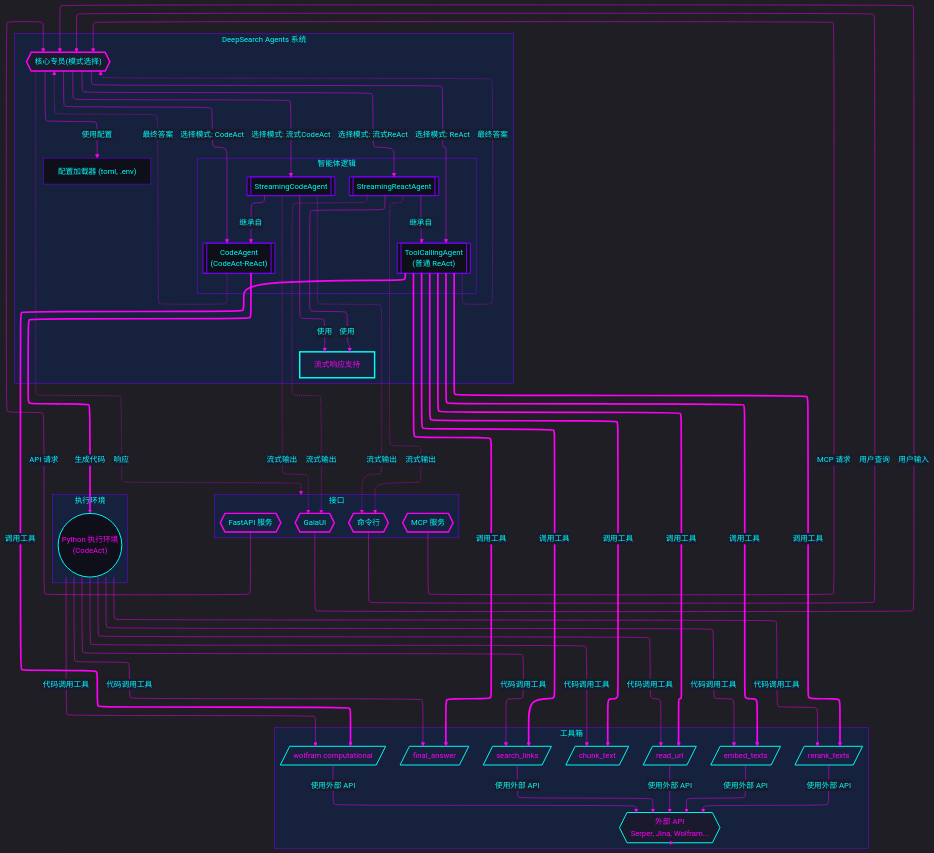
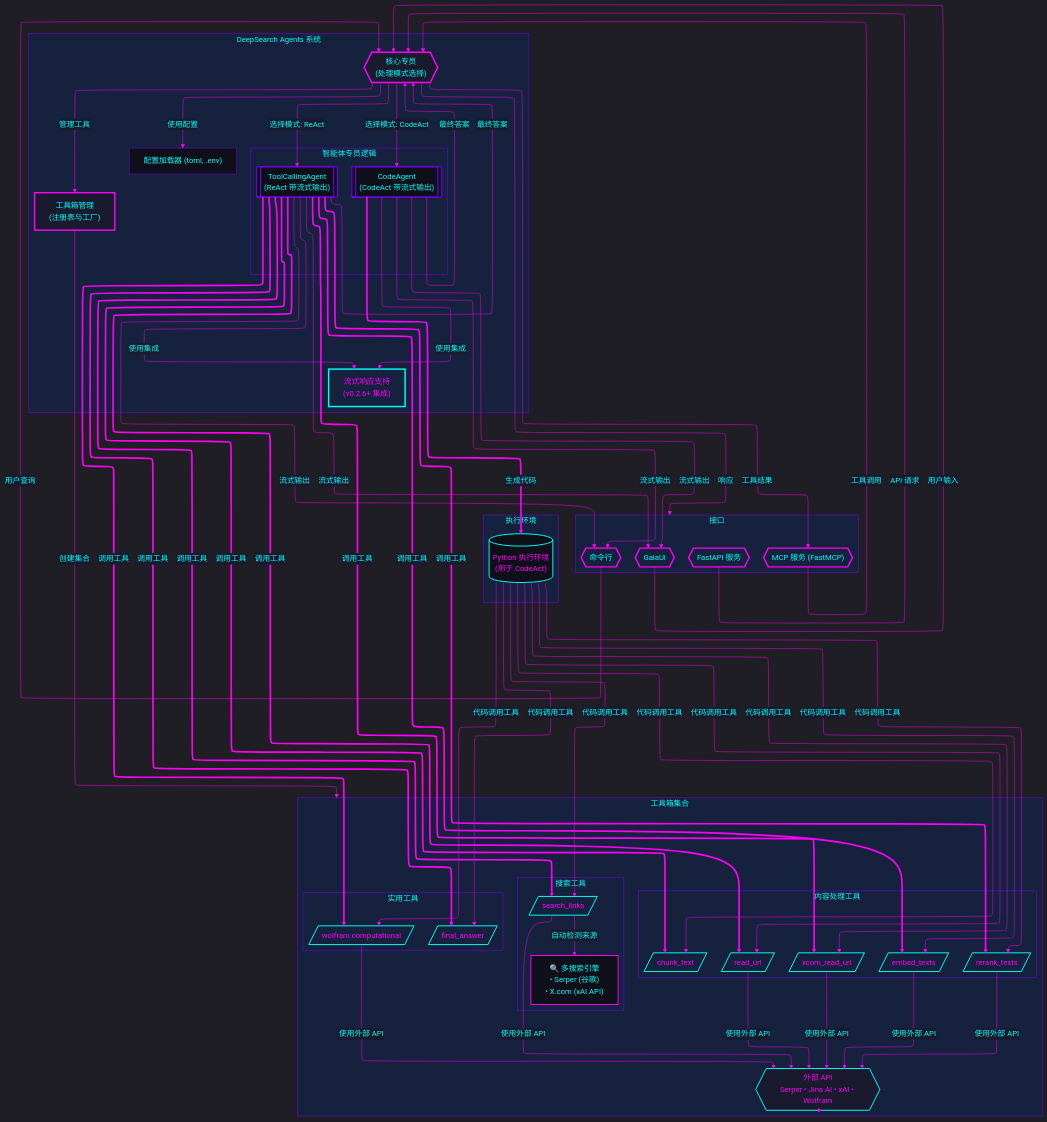
One commit to lwyBZss8924d/DeepSearchAgents changed the diagram in README_Zh.md. Above: the diagram before and after it, drawn with Mermaid. The commit also changed other lines of this file and 3 other files, not shown here.

```diff
--- a/README_Zh.md
+++ b/README_Zh.md
@@ -291,52 +306,69 @@
         CLI{{"命令行"}}
         FastAPI{{"FastAPI 服务"}}
         GaiaUI{{"GaiaUI"}}
-        MCPServer{{"MCP 服务"}}
+        MCPServer{{"MCP 服务 (FastMCP)"}}
     end
-    subgraph 深度搜索智能体系统["DeepSearch Agents 系统"]
+    subgraph 深度搜索智能体专员系统["DeepSearch Agents 系统"]
         direction TB
-        核心专员{{"核心专员(模式选择)"}}
+        核心专员{{"核心专员
+(处理模式选择)"}}
         配置加载["配置加载器 (toml, .env)"]
-        流式支持["流式响应支持"]
-        subgraph 智能体逻辑["智能体逻辑"]
+        流式支持["流式响应支持
+(v0.2.6+ 集成)"]
+        工具箱管理["工具箱管理
+(注册表与工厂)"]
+        subgraph 智能体专员逻辑["智能体专员逻辑"]
             direction LR
-            工具专员[["ToolCallingAgent\n(普通 ReAct)"]]
-            代码专员[["CodeAgent\n(CodeAct-ReAct)"]]
-            流式ReAct[["StreamingReactAgent"]]
-            流式CodeAct[["StreamingCodeAgent"]]
+            工具专员[["ToolCallingAgent
+(ReAct 带流式输出)"]]
+            代码专员[["CodeAgent
+(CodeAct 带流式输出)"]]
         end
     end
-    subgraph 工具箱["工具箱"]
+    subgraph 工具箱集合["工具箱集合"]
         direction TB
-        搜索链接[/search_links/]
-        读取URL[/read_url/]
-        分块文本[/chunk_text/]
-        嵌入文本[/embed_texts/]
-        重排文本[/rerank_texts/]
-        Wolfram[/"wolfram computational"/]
-        最终答案[/final_answer/]
-        外部API{{外部 API\nSerper, Jina, Wolfram...}}
+        subgraph 搜索工具["搜索工具"]
+            搜索链接[/search_links/]
+            搜索引擎["🔍 多搜索引擎
+• Serper (谷歌)
+• X.com (xAI API)"]
+        end
+        subgraph 内容处理工具["内容处理工具"]
+            读取URL[/read_url/]
+            X读取URL[/xcom_read_url/]
+            分块文本[/chunk_text/]
+            嵌入文本[/embed_texts/]
+            重排文本[/rerank_texts/]
+        end
+        subgraph 实用工具["实用工具"]
+            Wolfram[/"wolfram computational"/]
+            最终答案[/final_answer/]
+        end
+        外部API{{外部 API
+Serper • Jina AI • xAI • Wolfram}}
     end
     subgraph 执行环境["执行环境"]
-        Python环境(("Python 执行环境\n(CodeAct)"))
+        Python环境[("Python 执行环境
+(用于 CodeAct)")]
     end
 
     CLI -- "用户查询" --> 核心专员
     FastAPI -- "API 请求" --> 核心专员
     GaiaUI -- "用户输入" --> 核心专员
-    MCPServer -- "MCP 请求" --> 核心专员
+    MCPServer -- "工具调用" --> 核心专员
     核心专员 -- "选择模式: ReAct" --> 工具专员
     核心专员 -- "选择模式: CodeAct" --> 代码专员
-    核心专员 -- "选择模式: 流式ReAct" --> 流式ReAct
-    核心专员 -- "选择模式: 流式CodeAct" --> 流式CodeAct
     核心专员 -- "使用配置" --> 配置加载
-    流式ReAct -- "继承自" --> 工具专员
-    流式CodeAct -- "继承自" --> 代码专员
-    流式ReAct -- "使用" --> 流式支持
-    流式CodeAct -- "使用" --> 流式支持
+    核心专员 -- "管理工具" --> 工具箱管理
+    工具专员 -- "使用集成" --> 流式支持
+    代码专员 -- "使用集成" --> 流式支持
 
+    工具箱管理 -- "创建集合" --> 工具箱集合
+    搜索链接 -- "自动检测来源" --> 搜索引擎
+    
     工具专员 == "调用工具" ==> 搜索链接
     工具专员 == "调用工具" ==> 读取URL
+    工具专员 == "调用工具" ==> X读取URL
     工具专员 == "调用工具" ==> 分块文本
     工具专员 == "调用工具" ==> 嵌入文本
     工具专员 == "调用工具" ==> 重排文本
@@ -346,6 +378,7 @@
     代码专员 == "生成代码" ==> Python环境
     Python环境 -- "代码调用工具" --> 搜索链接
     Python环境 -- "代码调用工具" --> 读取URL
+    Python环境 -- "代码调用工具" --> X读取URL
     Python环境 -- "代码调用工具" --> 分块文本
     Python环境 -- "代码调用工具" --> 嵌入文本
     Python环境 -- "代码调用工具" --> 重排文本
@@ -354,18 +387,20 @@
 
     搜索链接 -- "使用外部 API" --> 外部API
     读取URL -- "使用外部 API" --> 外部API
+    X读取URL -- "使用外部 API" --> 外部API
     嵌入文本 -- "使用外部 API" --> 外部API
     重排文本 -- "使用外部 API" --> 外部API
     Wolfram -- "使用外部 API" --> 外部API
-    外部API -.-> 工具箱
+    外部API --> 工具箱集合
 
-    工具专员 -. "最终答案" .-> 核心专员
-    代码专员 -. "最终答案" .-> 核心专员
-    流式ReAct -. "流式输出" .-> CLI
-    流式CodeAct -. "流式输出" .-> CLI
-    流式ReAct -. "流式输出" .-> GaiaUI
-    流式CodeAct -. "流式输出" .-> GaiaUI
-    核心专员 -. "响应" .-> 接口
+    工具专员 -- "最终答案" --> 核心专员
+    代码专员 -- "最终答案" --> 核心专员
+    工具专员 -- "流式输出" --> CLI
+    代码专员 -- "流式输出" --> CLI
+    工具专员 -- "流式输出" --> GaiaUI
+    代码专员 -- "流式输出" --> GaiaUI
+    核心专员 -- "响应" --> 接口
+    核心专员 -- "工具结果" --> MCPServer
 
     classDef default fill:#1a1a2e,stroke:#7700ff,stroke-width:2px,color:#00fff9
     classDef interface fill:#16213e,stroke:#ff00f7,stroke-width:3px,color:#00fff9
@@ -376,19 +411,22 @@
     classDef external fill:#1a1a2e,stroke:#00fff9,stroke-width:2px,color:#ff00f7
     classDef config fill:#0f0f1a,stroke:#7700ff,stroke-width:1px,color:#00fff9
     classDef streaming fill:#16213e,stroke:#00fff9,stroke-width:3px,color:#ff00f7
+    classDef mcpserver fill:#16213e,stroke:#ff00f7,stroke-width:3px,color:#00fff9
+    classDef searchengine fill:#0f0f1a,stroke:#ff00f7,stroke-width:2px,color:#00fff9
 
     CLI:::interface
     FastAPI:::interface
     GaiaUI:::interface
-    MCPServer:::interface
+    MCPServer:::mcpserver
     核心专员:::manager
     工具专员:::agent
     代码专员:::agent
-    流式ReAct:::agent
-    流式CodeAct:::agent
     流式支持:::streaming
+    工具箱管理:::manager
     搜索链接:::tool
+    搜索引擎:::searchengine
     读取URL:::tool
+    X读取URL:::tool
     分块文本:::tool
     嵌入文本:::tool
     重排文本:::tool
```
